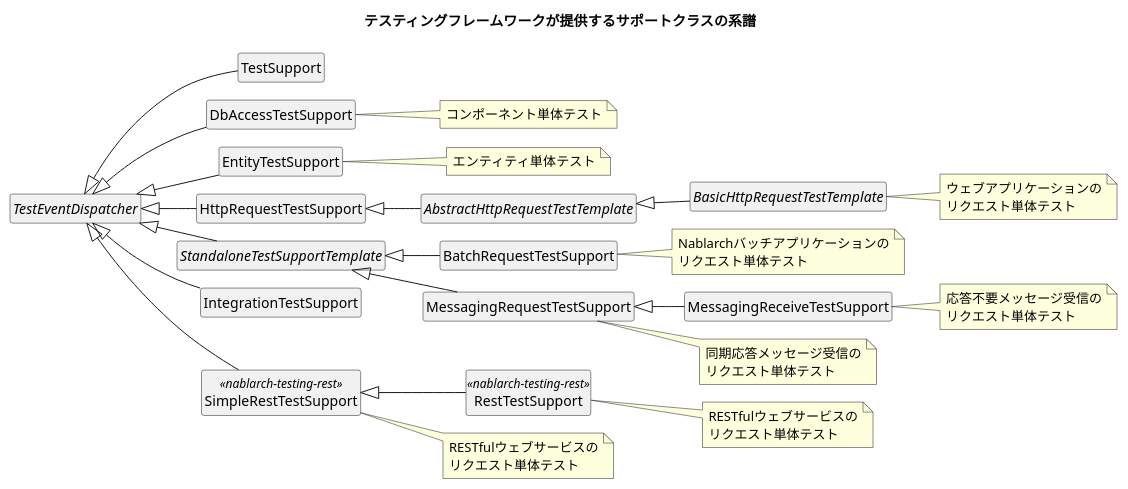
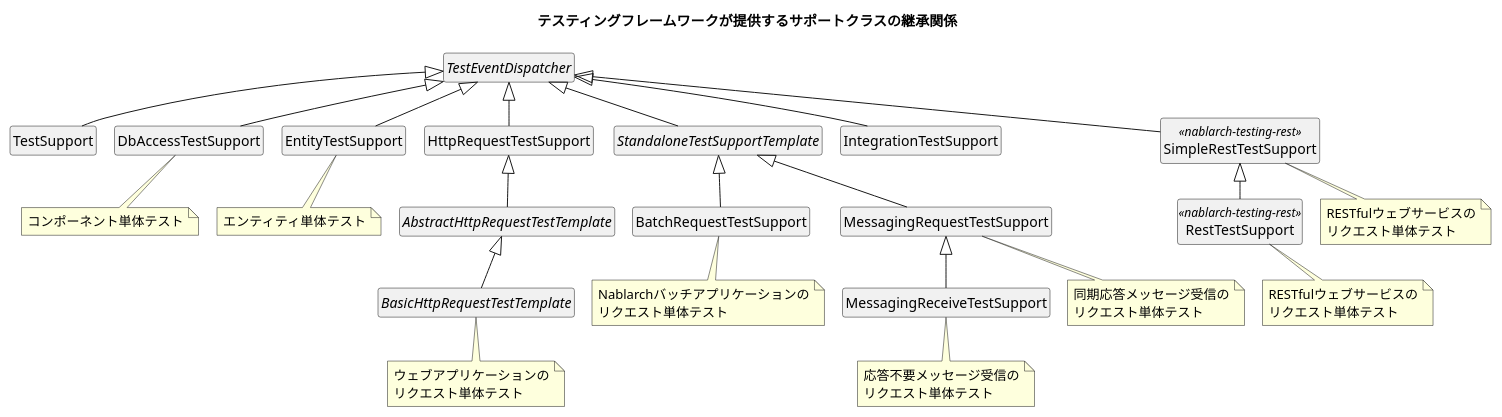
Before and after one commit to nablarch/nablarch-document: the diagram in ja/development_tools/testing_framework/about/images/index/test_support_class.puml, drawn with PlantUML. The commit also changed 2 other files, not shown here.

Commit message:
docs: サポートクラスのクラス図を上→下の配置にし、「系譜」を「継承関係」に改める
意図: 継承関係の図は親を上・子を下に置く。左→右配置では親が左端、子が縦に並び、
継承の向きが読み取りにくい（user 指摘 2026-09-02）。「系譜」は技術文書で一般的でなく、
NTF 解説書でもこの1文にしか使っていないため「継承関係」に改める。

変更:
- about/images/index/test_support_class.puml — `left to right direction` を外し、
  注記を `note bottom of` に変える（注記を右に置くと 1931px 幅になり本文欄で読めない）。
  title の「系譜」を「継承関係」に
- about/images/index/test_support_class.png — 再生成（temurin-17・plantuml 1.2025.4）。
  1462x390。architecture_components.png はバイト一致で不変
- about/index.rst — 本文の「系譜」を「継承関係」に。`:scale: 70` を外す
  （本文欄 800px に対し幅 1462px なので、テーマの max-width で縮む）

検証: 正規の場所でビルド succeeded・warning 0。HTML の見出し順が
全体像 → テストの種類 → 稼動環境 → アーキテクチャ、_images の png がソースとバイト一致。

```diff
--- a/ja/development_tools/testing_framework/about/images/index/test_support_class.puml
+++ b/ja/development_tools/testing_framework/about/images/index/test_support_class.puml
@@ -1,45 +1,44 @@
 @startuml
 !pragma layout smetana
 skinparam classAttributeIconSize 0
 skinparam shadowing false
 skinparam defaultFontName "Noto Sans JP"
 hide members
 hide circle
-left to right direction
-title テスティングフレームワークが提供するサポートクラスの系譜
+title テスティングフレームワークが提供するサポートクラスの継承関係
 abstract class TestEventDispatcher
 class TestSupport
 class DbAccessTestSupport
 class EntityTestSupport
 class HttpRequestTestSupport
 abstract class AbstractHttpRequestTestTemplate
 abstract class BasicHttpRequestTestTemplate
 abstract class StandaloneTestSupportTemplate
 class BatchRequestTestSupport
 class MessagingRequestTestSupport
 class MessagingReceiveTestSupport
 class IntegrationTestSupport
 class SimpleRestTestSupport <<nablarch-testing-rest>>
 class RestTestSupport <<nablarch-testing-rest>>
 TestEventDispatcher <|-- TestSupport
 TestEventDispatcher <|-- DbAccessTestSupport
 TestEventDispatcher <|-- EntityTestSupport
 TestEventDispatcher <|-- HttpRequestTestSupport
 TestEventDispatcher <|-- StandaloneTestSupportTemplate
 TestEventDispatcher <|-- IntegrationTestSupport
 TestEventDispatcher <|-- SimpleRestTestSupport
 HttpRequestTestSupport <|-- AbstractHttpRequestTestTemplate
 AbstractHttpRequestTestTemplate <|-- BasicHttpRequestTestTemplate
 StandaloneTestSupportTemplate <|-- BatchRequestTestSupport
 StandaloneTestSupportTemplate <|-- MessagingRequestTestSupport
 MessagingRequestTestSupport <|-- MessagingReceiveTestSupport
 SimpleRestTestSupport <|-- RestTestSupport
-note right of BasicHttpRequestTestTemplate : ウェブアプリケーションの\nリクエスト単体テスト
-note right of RestTestSupport : RESTfulウェブサービスの\nリクエスト単体テスト
-note right of SimpleRestTestSupport : RESTfulウェブサービスの\nリクエスト単体テスト
-note right of BatchRequestTestSupport : Nablarchバッチアプリケーションの\nリクエスト単体テスト
-note right of MessagingRequestTestSupport : 同期応答メッセージ受信の\nリクエスト単体テスト
-note right of MessagingReceiveTestSupport : 応答不要メッセージ受信の\nリクエスト単体テスト
-note right of DbAccessTestSupport : コンポーネント単体テスト
-note right of EntityTestSupport : エンティティ単体テスト
+note bottom of BasicHttpRequestTestTemplate : ウェブアプリケーションの\nリクエスト単体テスト
+note bottom of RestTestSupport : RESTfulウェブサービスの\nリクエスト単体テスト
+note bottom of SimpleRestTestSupport : RESTfulウェブサービスの\nリクエスト単体テスト
+note bottom of BatchRequestTestSupport : Nablarchバッチアプリケーションの\nリクエスト単体テスト
+note bottom of MessagingRequestTestSupport : 同期応答メッセージ受信の\nリクエスト単体テスト
+note bottom of MessagingReceiveTestSupport : 応答不要メッセージ受信の\nリクエスト単体テスト
+note bottom of DbAccessTestSupport : コンポーネント単体テスト
+note bottom of EntityTestSupport : エンティティ単体テスト
 @enduml
```
